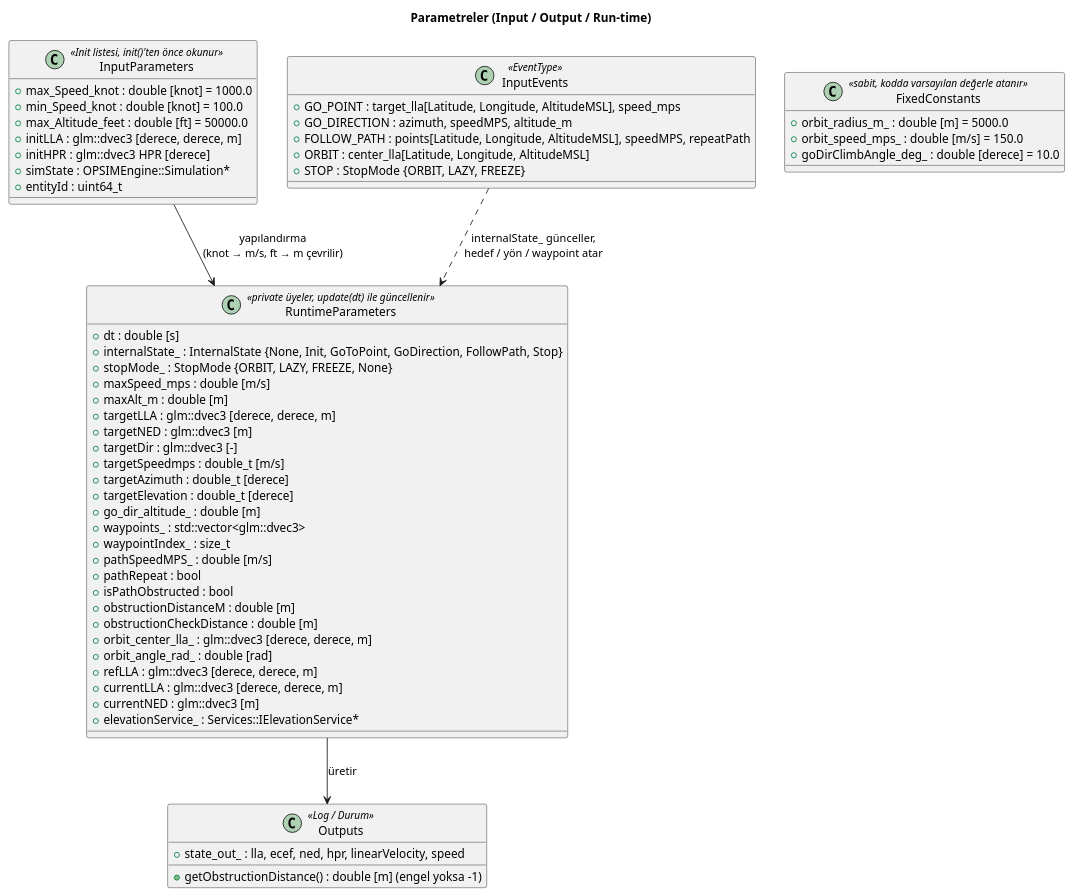
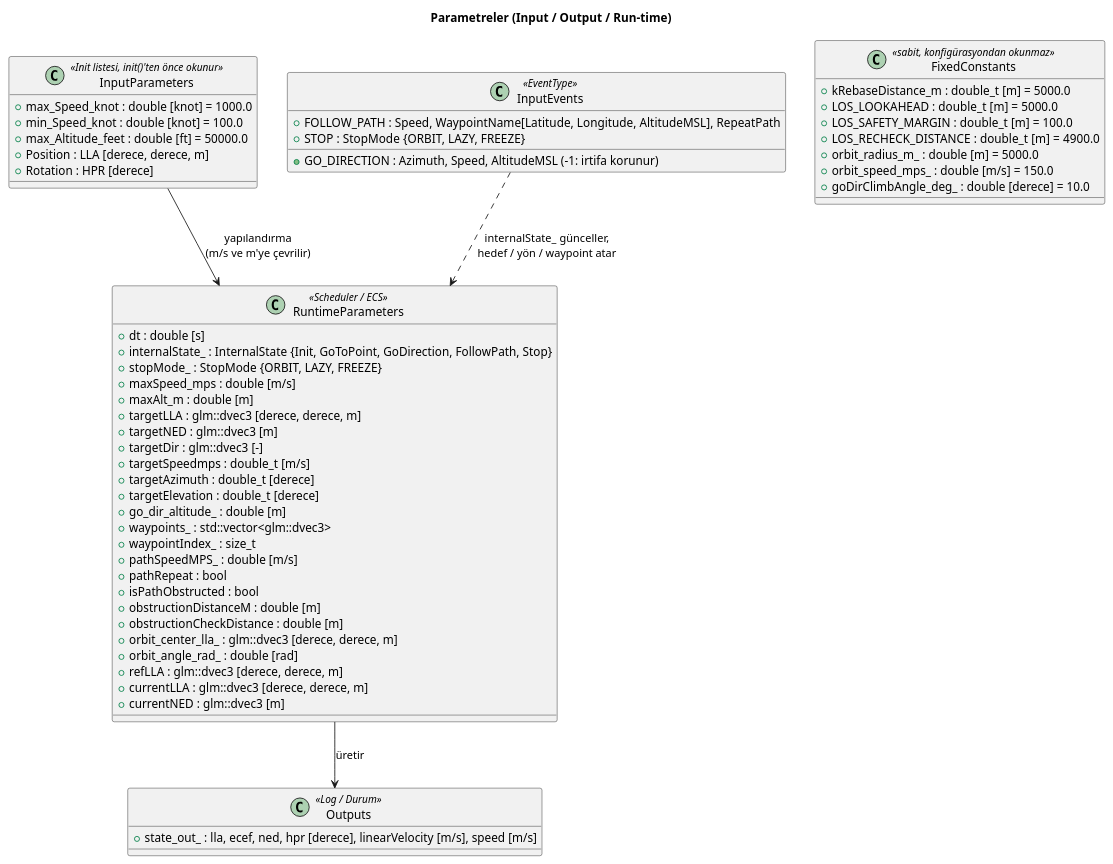
The diagram in parametreler.puml (ahmetyasinkirmizigul/github-slideshow), drawn with PlantUML before and after one commit.

Commit message:
Align parameters diagram with model implementation
Claude-Session: https://claude.ai/code/session_01RwUP9hYG6dbgFx19esnsqP

```diff
--- a/parametreler.puml
+++ b/parametreler.puml
@@ -1,65 +1,63 @@
 @startuml
 title Parametreler (Input / Output / Run-time)
 
 class InputParameters <<Init listesi, init()'ten önce okunur>> {
   + max_Speed_knot : double [knot] = 1000.0
   + min_Speed_knot : double [knot] = 100.0
   + max_Altitude_feet : double [ft] = 50000.0
-  + initLLA : glm::dvec3 [derece, derece, m]
-  + initHPR : glm::dvec3 HPR [derece]
-  + simState : OPSIMEngine::Simulation*
-  + entityId : uint64_t
+  + Position : LLA [derece, derece, m]
+  + Rotation : HPR [derece]
 }
 
 class InputEvents <<EventType>> {
-  + GO_POINT : target_lla[Latitude, Longitude, AltitudeMSL], speed_mps
-  + GO_DIRECTION : azimuth, speedMPS, altitude_m
-  + FOLLOW_PATH : points[Latitude, Longitude, AltitudeMSL], speedMPS, repeatPath
-  + ORBIT : center_lla[Latitude, Longitude, AltitudeMSL]
+  + GO_DIRECTION : Azimuth, Speed, AltitudeMSL (-1: irtifa korunur)
+  + FOLLOW_PATH : Speed, WaypointName[Latitude, Longitude, AltitudeMSL], RepeatPath
   + STOP : StopMode {ORBIT, LAZY, FREEZE}
 }
 
-class FixedConstants <<sabit, kodda varsayılan değerle atanır>> {
+class FixedConstants <<sabit, konfigürasyondan okunmaz>> {
+  + kRebaseDistance_m : double_t [m] = 5000.0
+  + LOS_LOOKAHEAD : double_t [m] = 5000.0
+  + LOS_SAFETY_MARGIN : double_t [m] = 100.0
+  + LOS_RECHECK_DISTANCE : double_t [m] = 4900.0
   + orbit_radius_m_ : double [m] = 5000.0
   + orbit_speed_mps_ : double [m/s] = 150.0
   + goDirClimbAngle_deg_ : double [derece] = 10.0
 }
 
-class RuntimeParameters <<private üyeler, update(dt) ile güncellenir>> {
+class RuntimeParameters <<Scheduler / ECS>> {
   + dt : double [s]
-  + internalState_ : InternalState {None, Init, GoToPoint, GoDirection, FollowPath, Stop}
-  + stopMode_ : StopMode {ORBIT, LAZY, FREEZE, None}
+  + internalState_ : InternalState {Init, GoToPoint, GoDirection, FollowPath, Stop}
+  + stopMode_ : StopMode {ORBIT, LAZY, FREEZE}
   + maxSpeed_mps : double [m/s]
   + maxAlt_m : double [m]
   + targetLLA : glm::dvec3 [derece, derece, m]
   + targetNED : glm::dvec3 [m]
   + targetDir : glm::dvec3 [-]
   + targetSpeedmps : double_t [m/s]
   + targetAzimuth : double_t [derece]
   + targetElevation : double_t [derece]
   + go_dir_altitude_ : double [m]
   + waypoints_ : std::vector<glm::dvec3>
   + waypointIndex_ : size_t
   + pathSpeedMPS_ : double [m/s]
   + pathRepeat : bool
   + isPathObstructed : bool
   + obstructionDistanceM : double [m]
   + obstructionCheckDistance : double [m]
   + orbit_center_lla_ : glm::dvec3 [derece, derece, m]
   + orbit_angle_rad_ : double [rad]
   + refLLA : glm::dvec3 [derece, derece, m]
   + currentLLA : glm::dvec3 [derece, derece, m]
   + currentNED : glm::dvec3 [m]
-  + elevationService_ : Services::IElevationService*
 }
 
 class Outputs <<Log / Durum>> {
-  + state_out_ : lla, ecef, ned, hpr, linearVelocity, speed
-  + getObstructionDistance() : double [m] (engel yoksa -1)
+  + state_out_ : lla, ecef, ned, hpr [derece], linearVelocity [m/s], speed [m/s]
 }
 
-InputParameters --> RuntimeParameters : yapılandırma\n(knot → m/s, ft → m çevrilir)
+InputParameters --> RuntimeParameters : yapılandırma\n(m/s ve m'ye çevrilir)
 InputEvents ..> RuntimeParameters : internalState_ günceller,\nhedef / yön / waypoint atar
 RuntimeParameters --> Outputs : üretir
 
 @enduml
```
